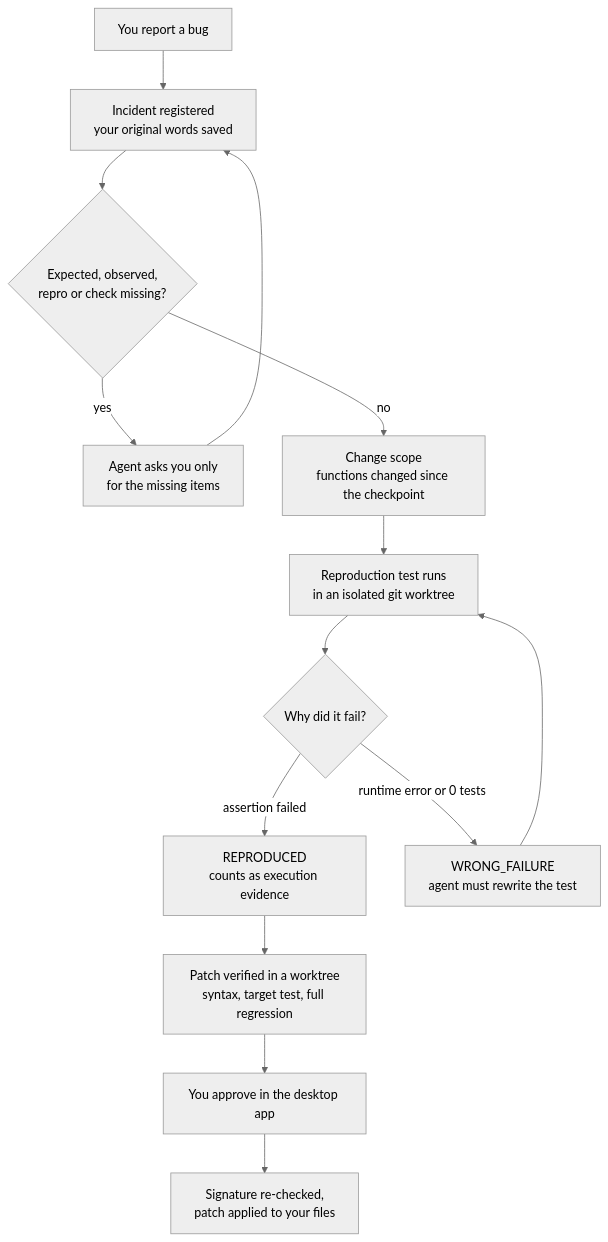
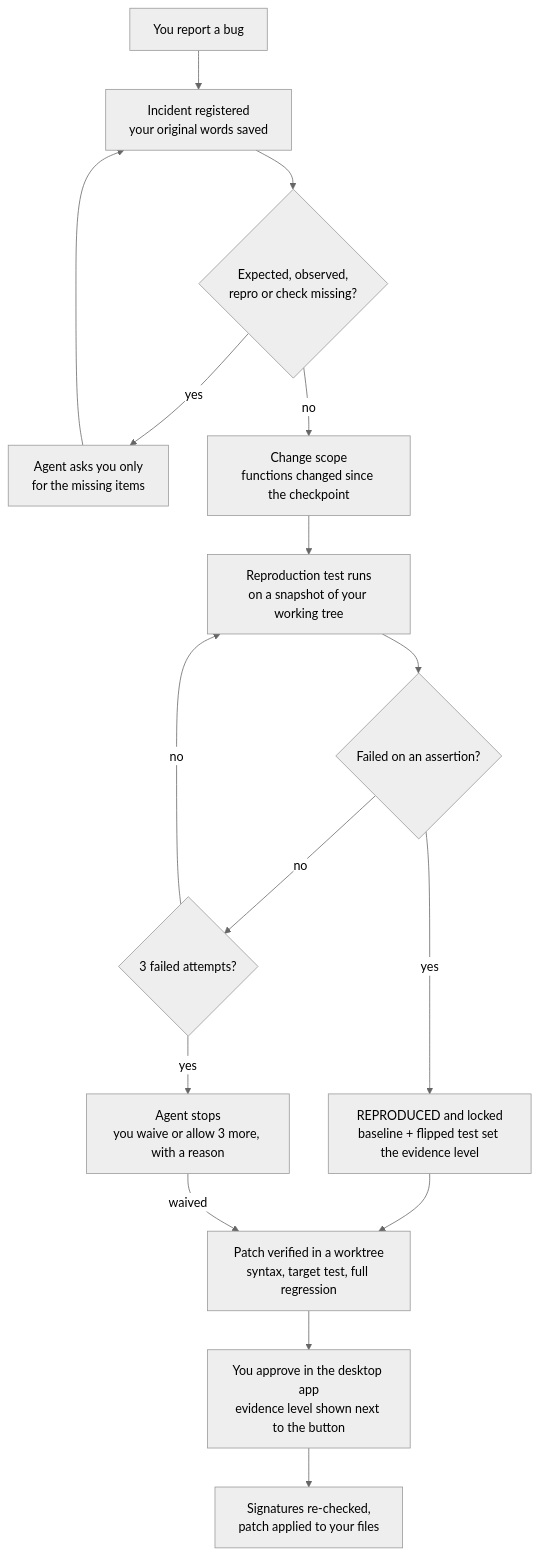
Before and after one commit to kimchi00100/Agent-autopsy: the diagram in README.md, drawn with Mermaid (neutral theme). The commit also changed other lines of this file and 8 other files, not shown here.

````diff
--- a/README.md
+++ b/README.md
@@ -126,14 +132,17 @@
 ```mermaid
 flowchart TD
     A[You report a bug] --> B[Incident registered<br/>your original words saved]
     B --> C{Expected, observed,<br/>repro or check missing?}
     C -- yes --> D[Agent asks you only<br/>for the missing items] --> B
     C -- no --> E[Change scope<br/>functions changed since the checkpoint]
-    E --> F[Reproduction test runs<br/>in an isolated git worktree]
-    F --> G{Why did it fail?}
-    G -- assertion failed --> H[REPRODUCED<br/>counts as execution evidence]
-    G -- runtime error or 0 tests --> I[WRONG_FAILURE<br/>agent must rewrite the test] --> F
-    H --> J[Patch verified in a worktree<br/>syntax, target test, full regression]
-    J --> K[You approve in the desktop app]
-    K --> L[Signature re-checked,<br/>patch applied to your files]
+    E --> F[Reproduction test runs<br/>on a snapshot of your working tree]
+    F --> G{Failed on an assertion?}
+    G -- yes --> H[REPRODUCED and locked<br/>baseline + flipped test set the evidence level]
+    G -- no --> I{3 failed attempts?}
+    I -- no --> F
+    I -- yes --> J[Agent stops<br/>you waive or allow 3 more, with a reason]
+    H --> K[Patch verified in a worktree<br/>syntax, target test, full regression]
+    J -- waived --> K
+    K --> L[You approve in the desktop app<br/>evidence level shown next to the button]
+    L --> M[Signatures re-checked,<br/>patch applied to your files]
 ```
````
